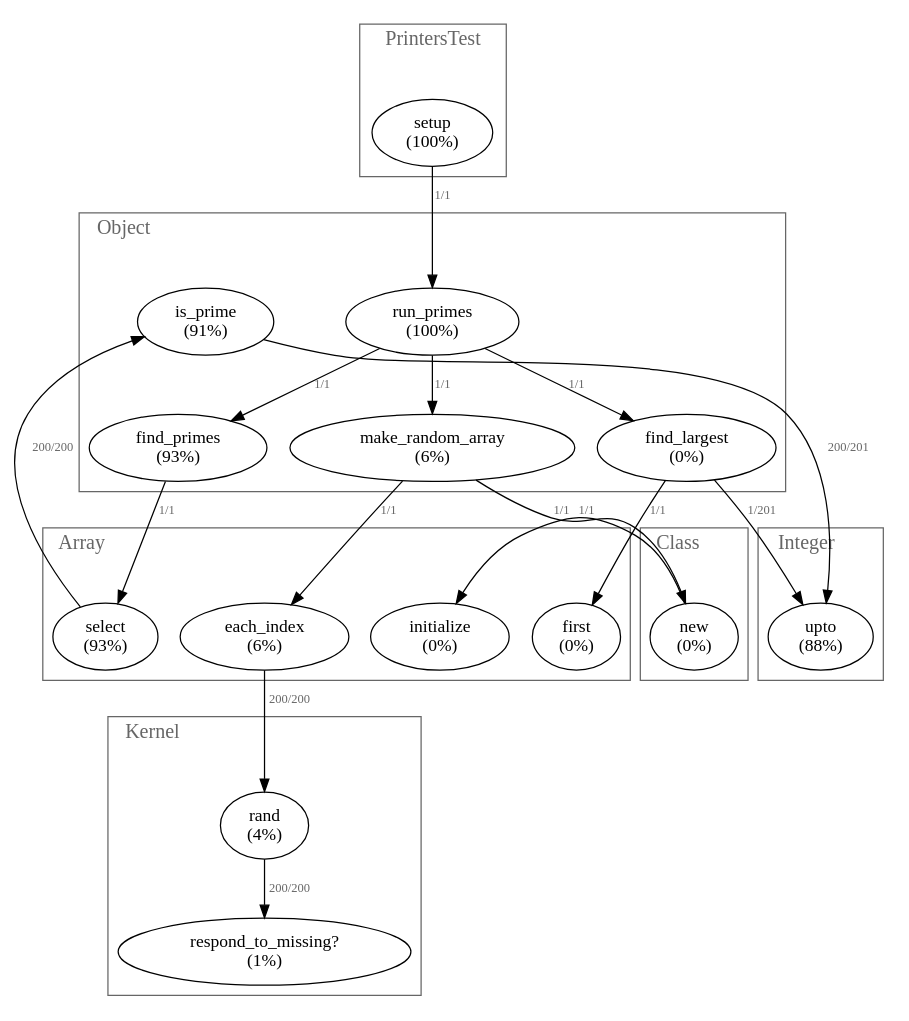
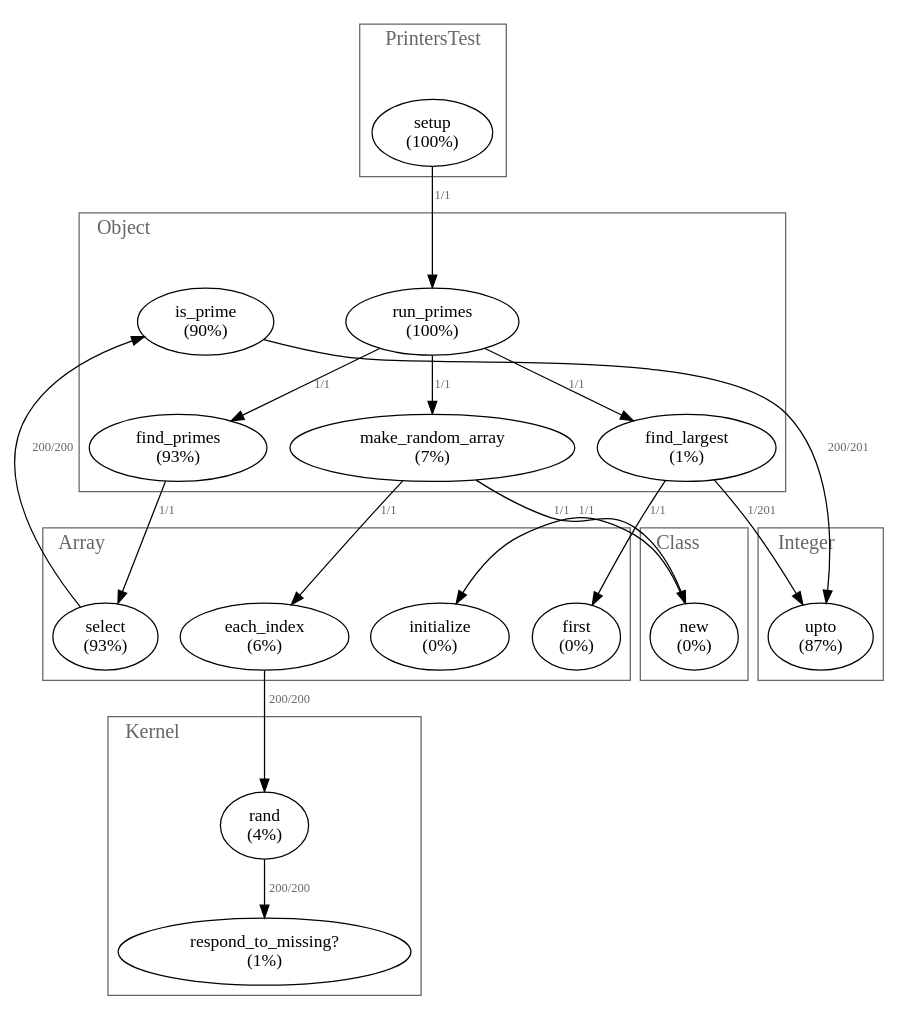
The diagram in examples/graph.dot (ruby-prof/ruby-prof), drawn with Graphviz before and after one commit. The commit also changed 7 other files, not shown here.

```diff
--- a/examples/graph.dot
+++ b/examples/graph.dot
@@ -1,84 +1,84 @@
 digraph "Profile" {
 labelloc=t;
 labeljust=l;
-subgraph "Thread 70228520599860" {
-70228520487300 [label="setup\n(100%)"];
-70228520487300 -> 70228520487060 [label="1/1" fontsize=10 fontcolor="#666666"];
-70228520487060 [label="run_primes\n(100%)"];
-70228520487060 -> 70228520486760 [label="1/1" fontsize=10 fontcolor="#666666"];
-70228520487060 -> 70228520487020 [label="1/1" fontsize=10 fontcolor="#666666"];
-70228520487060 -> 70228520486360 [label="1/1" fontsize=10 fontcolor="#666666"];
-70228520486760 [label="find_primes\n(93%)"];
-70228520486760 -> 70228520486720 [label="1/1" fontsize=10 fontcolor="#666666"];
-70228520486720 [label="select\n(93%)"];
-70228520486720 -> 70228520486700 [label="200/200" fontsize=10 fontcolor="#666666"];
-70228520486700 [label="is_prime\n(91%)"];
-70228520486700 -> 70228520486400 [label="200/201" fontsize=10 fontcolor="#666666"];
-70228520486400 [label="upto\n(88%)"];
-70228520487020 [label="make_random_array\n(6%)"];
-70228520487020 -> 70228520486900 [label="1/1" fontsize=10 fontcolor="#666666"];
-70228520487020 -> 70228520486940 [label="1/1" fontsize=10 fontcolor="#666666"];
-70228520486900 [label="each_index\n(6%)"];
-70228520486900 -> 70228520486860 [label="200/200" fontsize=10 fontcolor="#666666"];
-70228520486860 [label="rand\n(4%)"];
-70228520486860 -> 70228520486840 [label="200/200" fontsize=10 fontcolor="#666666"];
-70228520486840 [label="respond_to_missing?\n(1%)"];
-70228520486360 [label="find_largest\n(0%)"];
-70228520486360 -> 70228520486400 [label="1/201" fontsize=10 fontcolor="#666666"];
-70228520486360 -> 70228520486260 [label="1/1" fontsize=10 fontcolor="#666666"];
-70228520486940 [label="new\n(0%)"];
-70228520486940 -> 70228520486920 [label="1/1" fontsize=10 fontcolor="#666666"];
-70228520486920 [label="initialize\n(0%)"];
-70228520486260 [label="first\n(0%)"];
+subgraph "Thread 70140045951280" {
+70140046535720 [label="setup\n(100%)"];
+70140046535720 -> 70140046535660 [label="1/1" fontsize=10 fontcolor="#666666"];
+70140046535660 [label="run_primes\n(100%)"];
+70140046535660 -> 70140046534940 [label="1/1" fontsize=10 fontcolor="#666666"];
+70140046535660 -> 70140046535640 [label="1/1" fontsize=10 fontcolor="#666666"];
+70140046535660 -> 70140046534640 [label="1/1" fontsize=10 fontcolor="#666666"];
+70140046534940 [label="find_primes\n(93%)"];
+70140046534940 -> 70140046534920 [label="1/1" fontsize=10 fontcolor="#666666"];
+70140046534920 [label="select\n(93%)"];
+70140046534920 -> 70140046534840 [label="200/200" fontsize=10 fontcolor="#666666"];
+70140046534840 [label="is_prime\n(90%)"];
+70140046534840 -> 70140046534820 [label="200/201" fontsize=10 fontcolor="#666666"];
+70140046534820 [label="upto\n(87%)"];
+70140046535640 [label="make_random_array\n(7%)"];
+70140046535640 -> 70140046535500 [label="1/1" fontsize=10 fontcolor="#666666"];
+70140046535640 -> 70140046535600 [label="1/1" fontsize=10 fontcolor="#666666"];
+70140046535500 [label="each_index\n(6%)"];
+70140046535500 -> 70140046535140 [label="200/200" fontsize=10 fontcolor="#666666"];
+70140046535140 [label="rand\n(4%)"];
+70140046535140 -> 70140046535100 [label="200/200" fontsize=10 fontcolor="#666666"];
+70140046535100 [label="respond_to_missing?\n(1%)"];
+70140046534640 [label="find_largest\n(1%)"];
+70140046534640 -> 70140046534820 [label="1/201" fontsize=10 fontcolor="#666666"];
+70140046534640 -> 70140046534620 [label="1/1" fontsize=10 fontcolor="#666666"];
+70140046535600 [label="new\n(0%)"];
+70140046535600 -> 70140046535580 [label="1/1" fontsize=10 fontcolor="#666666"];
+70140046535580 [label="initialize\n(0%)"];
+70140046534620 [label="first\n(0%)"];
 }
-subgraph cluster_70228520387980 {
+subgraph cluster_70140046962360 {
 label = "PrintersTest";
 fontcolor = "#666666";
 fontsize = 16;
 color = "#666666";
-70228520487300;
+70140046535720;
 }
-subgraph cluster_70228520378200 {
+subgraph cluster_70140046962240 {
 label = "Object";
 fontcolor = "#666666";
 fontsize = 16;
 color = "#666666";
-70228520487060;
-70228520487020;
-70228520486760;
-70228520486700;
-70228520486360;
+70140046535660;
+70140046535640;
+70140046534940;
+70140046534840;
+70140046534640;
 }
-subgraph cluster_70228520376580 {
+subgraph cluster_70140046962040 {
 label = "Class";
 fontcolor = "#666666";
 fontsize = 16;
 color = "#666666";
-70228520486940;
+70140046535600;
 }
-subgraph cluster_70228520375420 {
+subgraph cluster_70140046961920 {
 label = "Array";
 fontcolor = "#666666";
 fontsize = 16;
 color = "#666666";
-70228520486920;
-70228520486900;
-70228520486720;
-70228520486260;
+70140046535580;
+70140046535500;
+70140046534920;
+70140046534620;
 }
-subgraph cluster_70228520375120 {
+subgraph cluster_70140046961720 {
 label = "Kernel";
 fontcolor = "#666666";
 fontsize = 16;
 color = "#666666";
-70228520486860;
-70228520486840;
+70140046535140;
+70140046535100;
 }
-subgraph cluster_70228520374360 {
+subgraph cluster_70140046961280 {
 label = "Integer";
 fontcolor = "#666666";
 fontsize = 16;
 color = "#666666";
-70228520486400;
+70140046534820;
 }
 }
```
